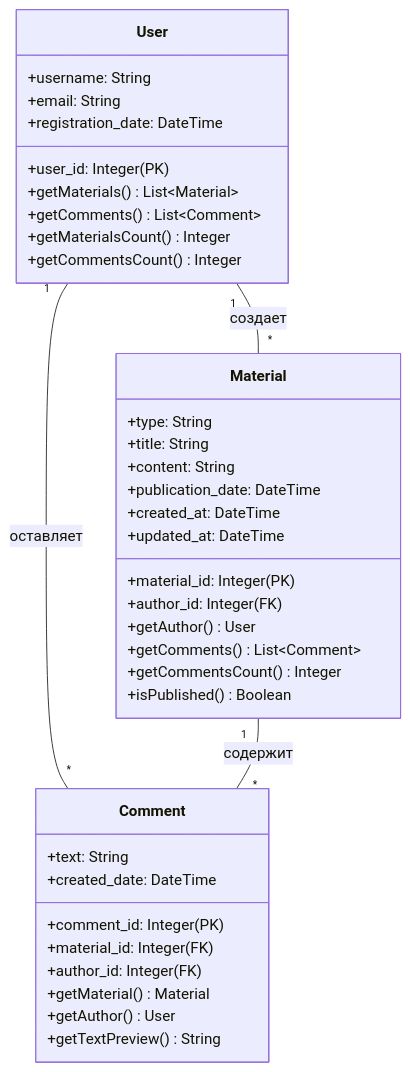
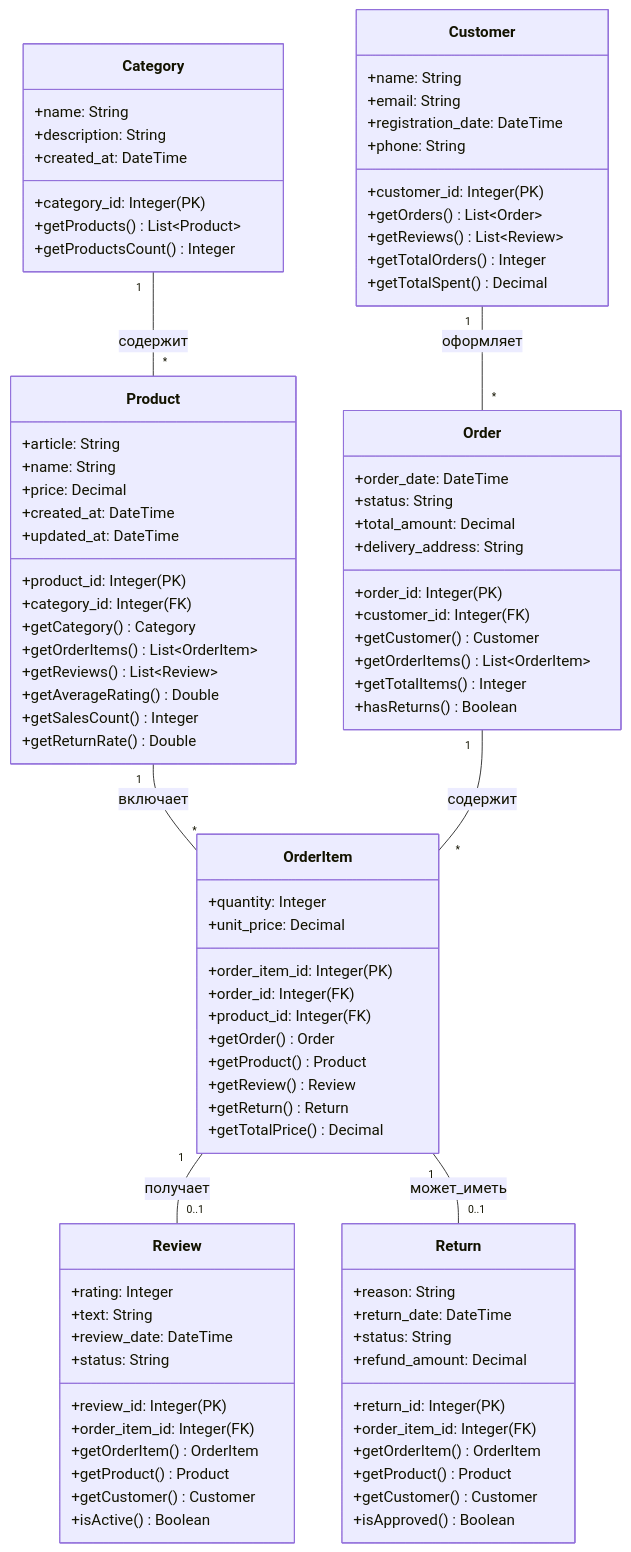
Before and after one commit to Vladislav0-hub/Lab-Database: the second of 3 diagrams in README.md, drawn with Mermaid. The commit also changed other lines of this file, not shown here.

````diff
--- a/README.md
+++ b/README.md
@@ -246,43 +388,98 @@
 ```mermaid
 classDiagram
-    class User {
-        +user_id: Integer (PK)
-        +username: String
+    class Category {
+        +category_id: Integer (PK)
+        +name: String
+        +description: String
+        +created_at: DateTime
+        +getProducts() List~Product~
+        +getProductsCount() Integer
+    }
+    
+    class Product {
+        +product_id: Integer (PK)
+        +article: String
+        +name: String
+        +category_id: Integer (FK)
+        +price: Decimal
+        +created_at: DateTime
+        +updated_at: DateTime
+        +getCategory() Category
+        +getOrderItems() List~OrderItem~
+        +getReviews() List~Review~
+        +getAverageRating() Double
+        +getSalesCount() Integer
+        +getReturnRate() Double
+    }
+    
+    class Customer {
+        +customer_id: Integer (PK)
+        +name: String
         +email: String
         +registration_date: DateTime
-        +getMaterials() List~Material~
-        +getComments() List~Comment~
-        +getMaterialsCount() Integer
-        +getCommentsCount() Integer
+        +phone: String
+        +getOrders() List~Order~
+        +getReviews() List~Review~
+        +getTotalOrders() Integer
+        +getTotalSpent() Decimal
     }
     
-    class Material {
-        +material_id: Integer (PK)
-        +type: String
-        +title: String
-        +content: String
-        +publication_date: DateTime
-        +author_id: Integer (FK)
-        +created_at: DateTime
-        +updated_at: DateTime
-        +getAuthor() User
-        +getComments() List~Comment~
-        +getCommentsCount() Integer
-        +isPublished() Boolean
+    class Order {
+        +order_id: Integer (PK)
+        +customer_id: Integer (FK)
+        +order_date: DateTime
+        +status: String
+        +total_amount: Decimal
+        +delivery_address: String
+        +getCustomer() Customer
+        +getOrderItems() List~OrderItem~
+        +getTotalItems() Integer
+        +hasReturns() Boolean
     }
     
-    class Comment {
-        +comment_id: Integer (PK)
-        +material_id: Integer (FK)
-        +author_id: Integer (FK)
-        +text: String
-        +created_date: DateTime
-        +getMaterial() Material
-        +getAuthor() User
-        +getTextPreview() String
+    class OrderItem {
+        +order_item_id: Integer (PK)
+        +order_id: Integer (FK)
+        +product_id: Integer (FK)
+        +quantity: Integer
+        +unit_price: Decimal
+        +getOrder() Order
+        +getProduct() Product
+        +getReview() Review
+        +getReturn() Return
+        +getTotalPrice() Decimal
     }
     
-    User "1" -- "*" Material : создает
-    User "1" -- "*" Comment : оставляет
-    Material "1" -- "*" Comment : содержит
+    class Review {
+        +review_id: Integer (PK)
+        +order_item_id: Integer (FK)
+        +rating: Integer
+        +text: String
+        +review_date: DateTime
+        +status: String
+        +getOrderItem() OrderItem
+        +getProduct() Product
+        +getCustomer() Customer
+        +isActive() Boolean
+    }
+    
+    class Return {
+        +return_id: Integer (PK)
+        +order_item_id: Integer (FK)
+        +reason: String
+        +return_date: DateTime
+        +status: String
+        +refund_amount: Decimal
+        +getOrderItem() OrderItem
+        +getProduct() Product
+        +getCustomer() Customer
+        +isApproved() Boolean
+    }
+    
+    Category "1" -- "*" Product : содержит
+    Product "1" -- "*" OrderItem : включает
+    Customer "1" -- "*" Order : оформляет
+    Order "1" -- "*" OrderItem : содержит
+    OrderItem "1" -- "0..1" Review : получает
+    OrderItem "1" -- "0..1" Return : может_иметь
 ```
````
